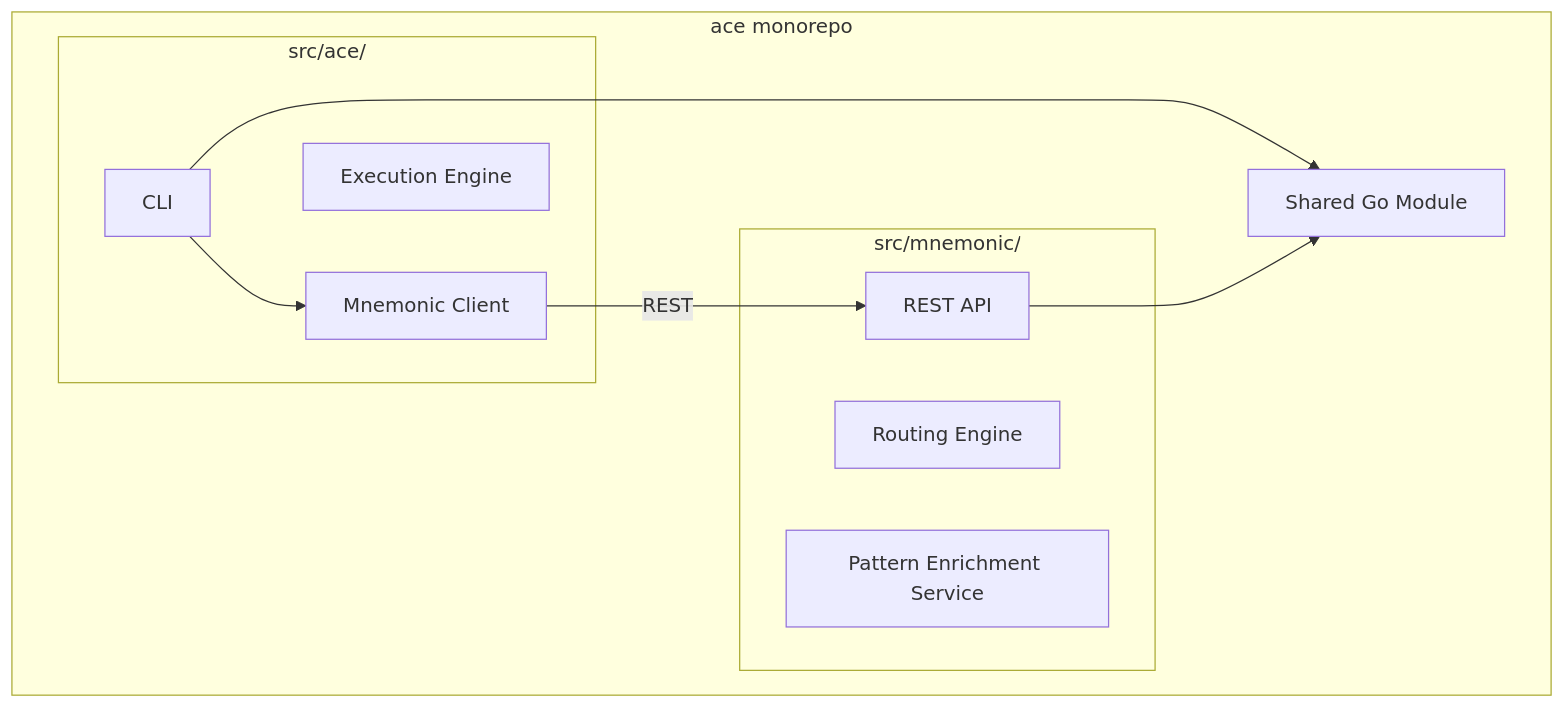
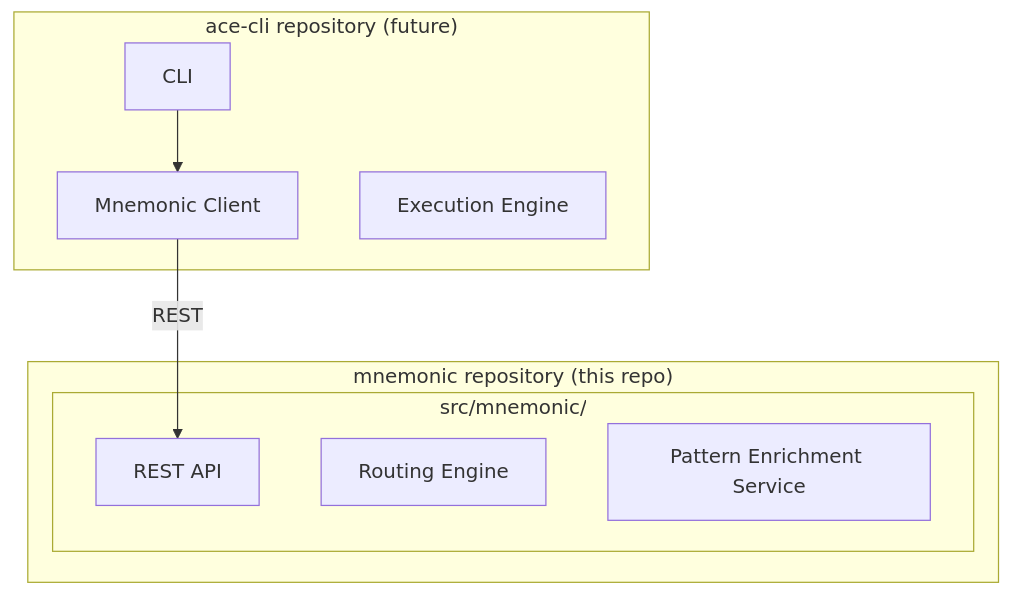
One commit to twistingmercury/mnemonic-mcp changed the fourth of 5 diagrams in docs/architecture/02-architectural-decisions.md. Above: the diagram before and after it, drawn with Mermaid. The commit also changed other lines of this file and 12 other files, not shown here.

````diff
--- a/docs/architecture/02-architectural-decisions.md
+++ b/docs/architecture/02-architectural-decisions.md
@@ -275,23 +277,19 @@
 ```mermaid
 graph TB
-    subgraph "ace monorepo"
-        subgraph "src/ace/"
-            ACE_CLI[CLI]
-            ACE_CLIENT[Mnemonic Client]
-            ACE_EXEC[Execution Engine]
-        end
-
+    subgraph "mnemonic repository (this repo)"
         subgraph "src/mnemonic/"
             MN_API[REST API]
             MN_ROUTE[Routing Engine]
             MN_PATTERN[Pattern Enrichment Service]
         end
+    end
 
-        SHARED[Shared Go Module]
+    subgraph "ace-cli repository (future)"
+        ACE_CLI[CLI]
+        ACE_CLIENT[Mnemonic Client]
+        ACE_EXEC[Execution Engine]
     end
 
     ACE_CLI --> ACE_CLIENT
     ACE_CLIENT -->|"REST"| MN_API
-    ACE_CLI --> SHARED
-    MN_API --> SHARED
 ```
````
